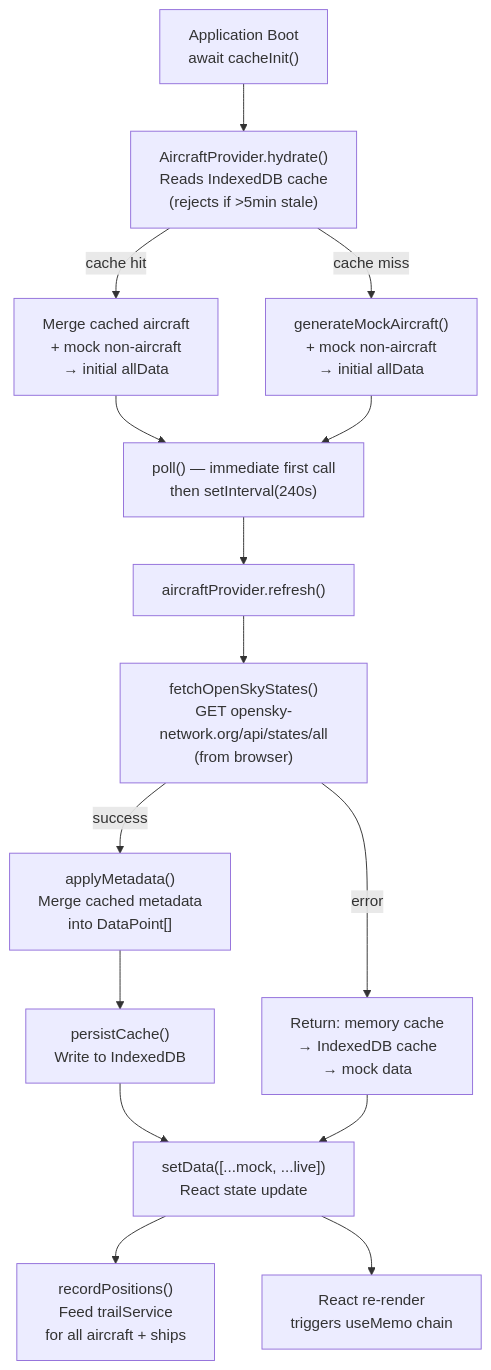
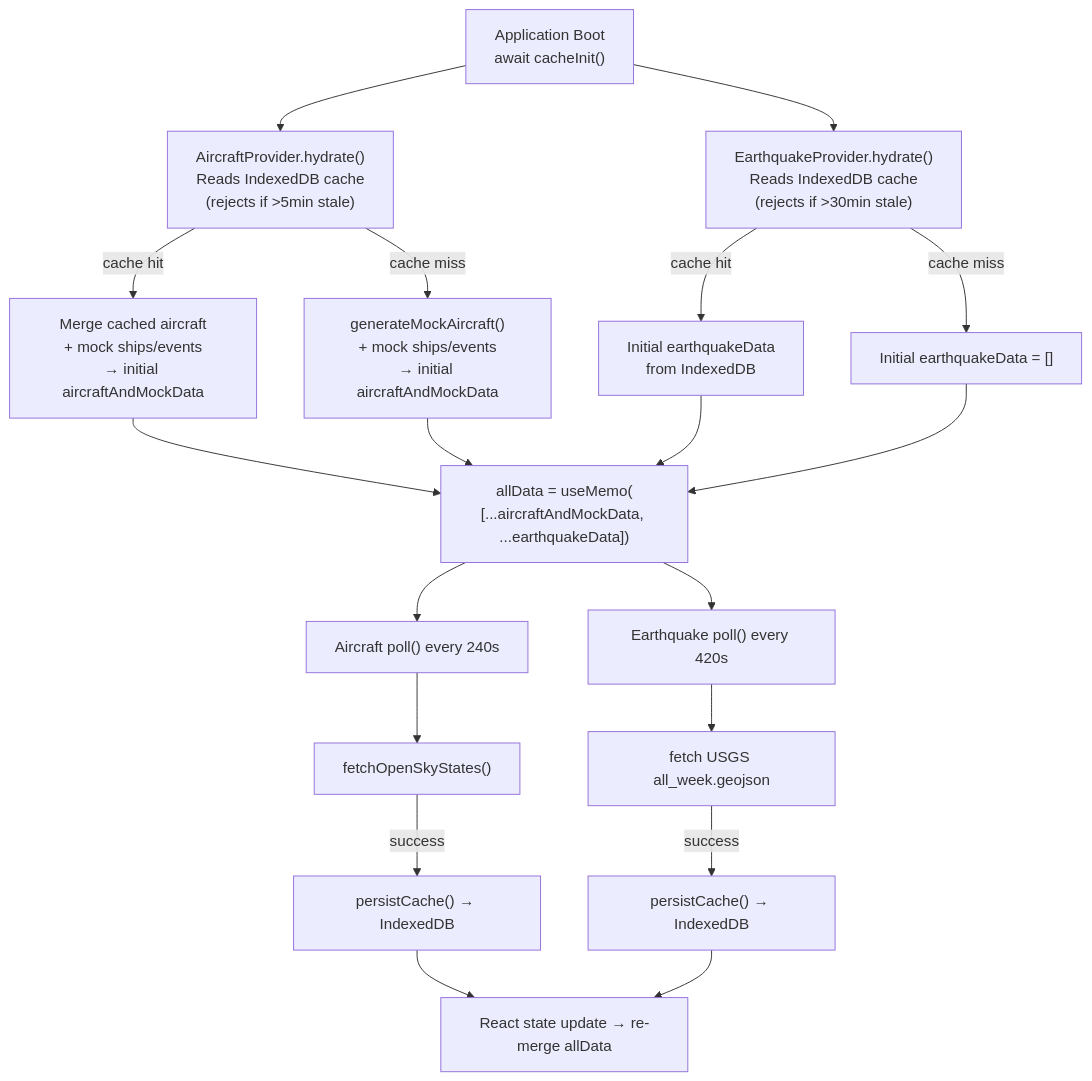
One commit to iiTONELOC/sigint changed the third of 14 diagrams in docs/architecture.md. Above: the diagram before and after it, drawn with Mermaid. The commit also changed other lines of this file and 30 other files, not shown here.

First line of the commit message:
feat: live USGS earthquake data, feature domain structure, intel links,

````diff
--- a/docs/architecture.md
+++ b/docs/architecture.md
@@ -205,23 +225,30 @@
 ```mermaid
 flowchart TD
-    Boot["Application Boot<br/>await cacheInit()"] --> Hydrate["AircraftProvider.hydrate()<br/>Reads IndexedDB cache<br/>(rejects if >5min stale)"]
-    Hydrate -->|"cache hit"| MergeCache["Merge cached aircraft<br/>+ mock non-aircraft<br/>→ initial allData"]
-    Hydrate -->|"cache miss"| MockFallback["generateMockAircraft()<br/>+ mock non-aircraft<br/>→ initial allData"]
+    Boot["Application Boot<br/>await cacheInit()"] --> HydrateAC["AircraftProvider.hydrate()<br/>Reads IndexedDB cache<br/>(rejects if >5min stale)"]
+    Boot --> HydrateEQ["EarthquakeProvider.hydrate()<br/>Reads IndexedDB cache<br/>(rejects if >30min stale)"]
 
-    MergeCache --> PollStart
-    MockFallback --> PollStart
+    HydrateAC -->|"cache hit"| MergeCache["Merge cached aircraft<br/>+ mock ships/events<br/>→ initial aircraftAndMockData"]
+    HydrateAC -->|"cache miss"| MockFallback["generateMockAircraft()<br/>+ mock ships/events<br/>→ initial aircraftAndMockData"]
 
-    PollStart["poll() — immediate first call<br/>then setInterval(240s)"] --> Refresh["aircraftProvider.refresh()"]
-    Refresh --> FetchOSN["fetchOpenSkyStates()<br/>GET opensky-network.org/api/states/all<br/>(from browser)"]
+    HydrateEQ -->|"cache hit"| CachedEQ["Initial earthquakeData<br/>from IndexedDB"]
+    HydrateEQ -->|"cache miss"| EmptyEQ["Initial earthquakeData = []"]
 
-    FetchOSN -->|"success"| ApplyMeta["applyMetadata()<br/>Merge cached metadata<br/>into DataPoint[]"]
-    FetchOSN -->|"error"| Fallback["Return: memory cache<br/>→ IndexedDB cache<br/>→ mock data"]
+    MergeCache --> AllData
+    MockFallback --> AllData
+    CachedEQ --> AllData
+    EmptyEQ --> AllData
 
-    ApplyMeta --> Persist["persistCache()<br/>Write to IndexedDB"]
-    Persist --> SetState["setData([...mock, ...live])<br/>React state update"]
+    AllData["allData = useMemo(<br/>[...aircraftAndMockData, ...earthquakeData])"]
 
-    Fallback --> SetState
+    AllData --> PollAC["Aircraft poll() every 240s"]
+    AllData --> PollEQ["Earthquake poll() every 420s"]
 
-    SetState --> RecordTrails["recordPositions()<br/>Feed trailService<br/>for all aircraft + ships"]
-    SetState --> ReactRender["React re-render<br/>triggers useMemo chain"]
+    PollAC --> FetchOSN["fetchOpenSkyStates()"]
+    PollEQ --> FetchUSGS["fetch USGS all_week.geojson"]
+
+    FetchOSN -->|"success"| PersistAC["persistCache() → IndexedDB"]
+    FetchUSGS -->|"success"| PersistEQ["persistCache() → IndexedDB"]
+
+    PersistAC --> SetState["React state update → re-merge allData"]
+    PersistEQ --> SetState
 ```
````
